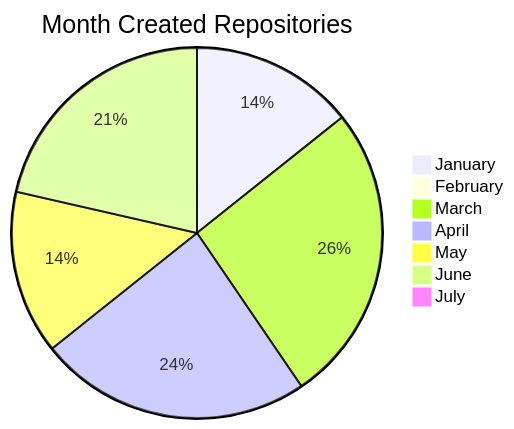
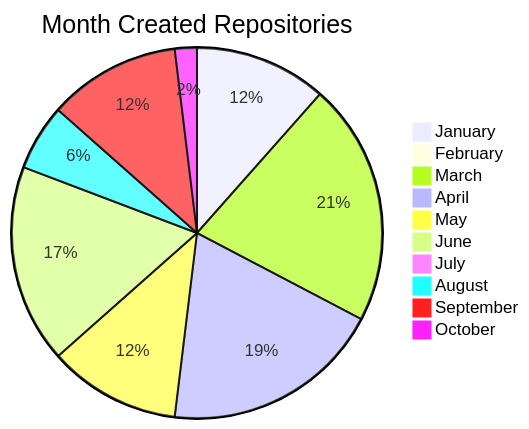
The second of 2 diagrams in README.md (BackdevHong/WOC), drawn with Mermaid before and after one commit. The commit also changed other lines of this file, not shown here.

````diff
--- a/README.md
+++ b/README.md
@@ -23,10 +29,13 @@
 ```mermaid
 pie title Month Created Repositories
     "January" : 6
     "February" : 0
     "March" : 11
     "April" : 10
     "May" : 6
     "June" : 9
     "July" : 0
+    "August" : 3
+    "September" : 6
+    "October" : 1
 ```
````
